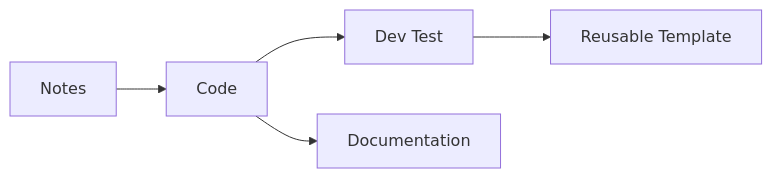
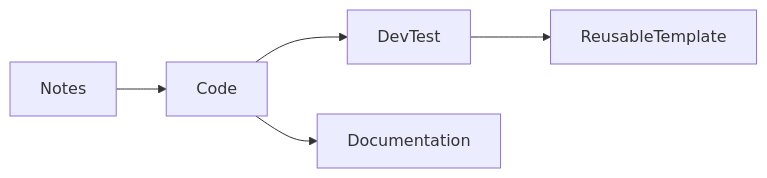
The diagram in notebooks/output.md (raffertyuy/Handwriting-to-Markdown-GPT), drawn with Mermaid before and after one commit. The commit also changed other lines of this file and 18 other files, not shown here.

````diff
--- a/notebooks/output.md
+++ b/notebooks/output.md
@@ -33,7 +32,7 @@
 ```mermaid
 flowchart LR
     Notes --> Code
-    Code --> DevTest[Dev Test]
-    DevTest --> ReusableTemplate[Reusable Template]
+    Code --> DevTest
+    DevTest --> ReusableTemplate
     Code --> Documentation
 ```
````
